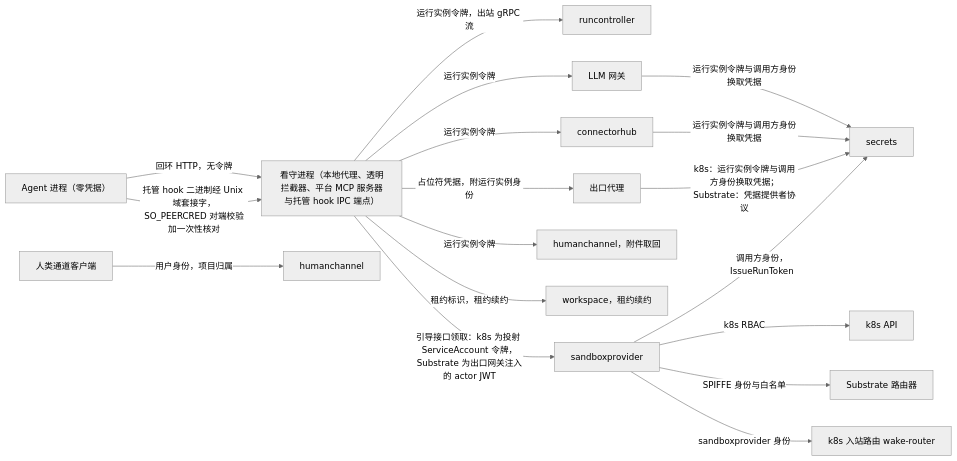
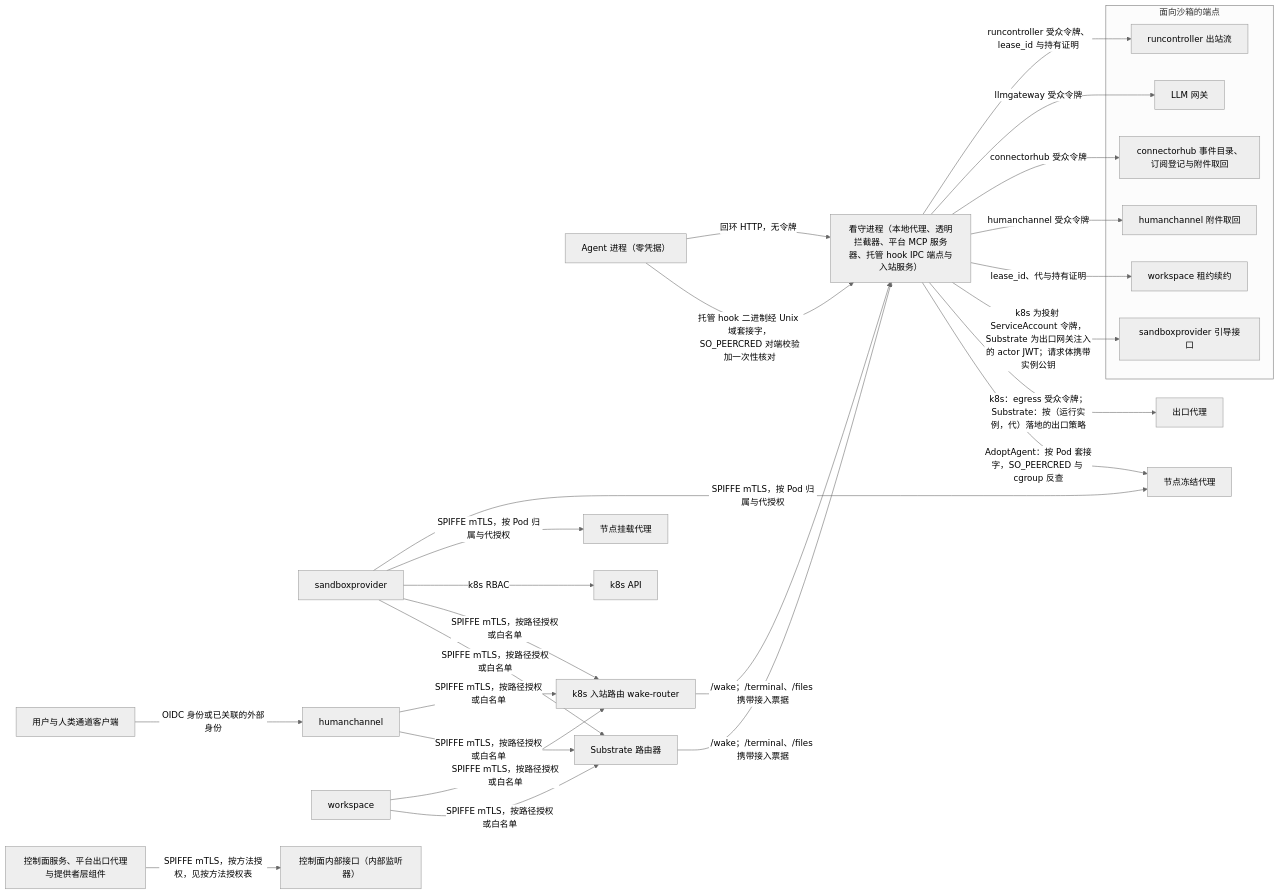
One commit to wangzw/castworks changed the eighth of 8 diagrams in docs/design/architecture.md. Above: the diagram before and after it, drawn with Mermaid (neutral theme). The commit also changed other lines of this file and 29 other files, not shown here.

````diff
--- a/docs/design/architecture.md
+++ b/docs/design/architecture.md
@@ -604,20 +629,34 @@
 ```mermaid
 graph LR
-    agent["Agent 进程（零凭据）"] -->|"回环 HTTP，无令牌"| warden["看守进程（本地代理、透明拦截器、平台 MCP 服务器与托管 hook IPC 端点）"]
+    agent["Agent 进程（零凭据）"] -->|"回环 HTTP，无令牌"| warden["看守进程（本地代理、透明拦截器、平台 MCP 服务器、托管 hook IPC 端点与入站服务）"]
     agent -->|"托管 hook 二进制经 Unix 域套接字，SO_PEERCRED 对端校验加一次性核对"| warden
-    warden -->|"运行实例令牌，出站 gRPC 流"| rc["runcontroller"]
-    warden -->|"运行实例令牌"| gw["LLM 网关"]
-    warden -->|"运行实例令牌"| hub["connectorhub"]
-    warden -->|"占位符凭据，附运行实例身份"| egress["出口代理"]
-    warden -->|"运行实例令牌"| hc2["humanchannel，附件取回"]
-    warden -->|"租约标识，租约续约"| ws2["workspace，租约续约"]
-    gw -->|"运行实例令牌与调用方身份换取凭据"| sec["secrets"]
-    hub -->|"运行实例令牌与调用方身份换取凭据"| sec
-    egress -->|"k8s：运行实例令牌与调用方身份换取凭据；Substrate：凭据提供者协议"| sec
-    sp["sandboxprovider"] -->|"k8s RBAC"| k8s["k8s API"]
-    sp -->|"SPIFFE 身份与白名单"| router["Substrate 路由器"]
-    sp -->|"sandboxprovider 身份"| k8srouter["k8s 入站路由 wake-router"]
-    warden -->|"引导接口领取：k8s 为投射 ServiceAccount 令牌，Substrate 为出口网关注入的 actor JWT"| sp
-    sp -->|"调用方身份，IssueRunToken"| sec
-    user["人类通道客户端"] -->|"用户身份，项目归属"| hc["humanchannel"]
+    subgraph sfe["面向沙箱的端点"]
+        rc["runcontroller 出站流"]
+        gw["LLM 网关"]
+        hub["connectorhub 事件目录、订阅登记与附件取回"]
+        hc2["humanchannel 附件取回"]
+        ws2["workspace 租约续约"]
+        spb["sandboxprovider 引导接口"]
+    end
+    warden -->|"runcontroller 受众令牌、lease_id 与持有证明"| rc
+    warden -->|"llmgateway 受众令牌"| gw
+    warden -->|"connectorhub 受众令牌"| hub
+    warden -->|"humanchannel 受众令牌"| hc2
+    warden -->|"lease_id、代与持有证明"| ws2
+    warden -->|"k8s 为投射 ServiceAccount 令牌，Substrate 为出口网关注入的 actor JWT；请求体携带实例公钥"| spb
+    warden -->|"k8s：egress 受众令牌；Substrate：按（运行实例，代）落地的出口策略"| egress["出口代理"]
+    warden -->|"AdoptAgent：按 Pod 套接字，SO_PEERCRED 与 cgroup 反查"| nfa["节点冻结代理"]
+    sp["sandboxprovider"] -->|"SPIFFE mTLS，按 Pod 归属与代授权"| nfa
+    sp -->|"SPIFFE mTLS，按 Pod 归属与代授权"| nma["节点挂载代理"]
+    sp -->|"k8s RBAC"| k8s["k8s API"]
+    sp -->|"SPIFFE mTLS，按路径授权或白名单"| k8srouter["k8s 入站路由 wake-router"]
+    sp -->|"SPIFFE mTLS，按路径授权或白名单"| router["Substrate 路由器"]
+    hc["humanchannel"] -->|"SPIFFE mTLS，按路径授权或白名单"| k8srouter
+    hc -->|"SPIFFE mTLS，按路径授权或白名单"| router
+    ws["workspace"] -->|"SPIFFE mTLS，按路径授权或白名单"| k8srouter
+    ws -->|"SPIFFE mTLS，按路径授权或白名单"| router
+    k8srouter -->|"/wake；/terminal、/files 携带接入票据"| warden
+    router -->|"/wake；/terminal、/files 携带接入票据"| warden
+    user["用户与人类通道客户端"] -->|"OIDC 身份或已关联的外部身份"| hc
+    callers["控制面服务、平台出口代理与提供者层组件"] -->|"SPIFFE mTLS，按方法授权，见按方法授权表"| internal["控制面内部接口（内部监听器）"]
 ```
````
